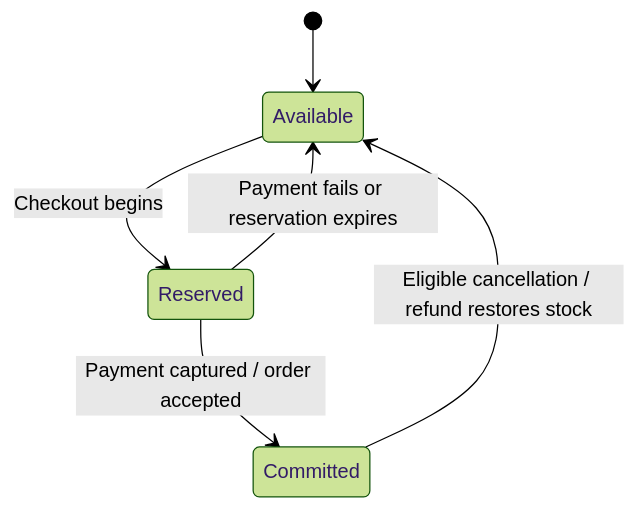
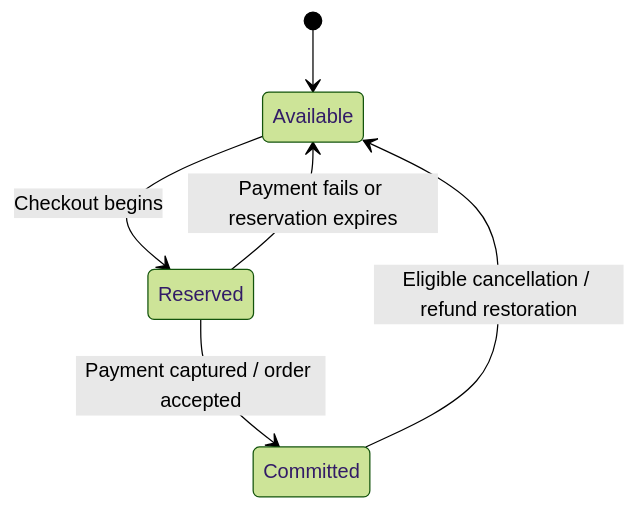
Before and after one commit to varung4067-hash/strydegosox-ecommerce: the third of 5 diagrams in README.md, drawn with Mermaid (forest theme). The commit also changed other lines of this file and 20 other files, not shown here.

Commit message:
Organize StrydeGoSox source and add recruiter-ready architecture documentation

````diff
--- a/README.md
+++ b/README.md
@@ -112,8 +161,8 @@
 ```mermaid
 stateDiagram-v2
-    [*] --> Available
-    Available --> Reserved: Checkout begins
-    Reserved --> Committed: Payment captured / order accepted
-    Reserved --> Available: Payment fails or reservation expires
-    Committed --> Available: Eligible cancellation / refund restores stock
+  [*] --> Available
+  Available --> Reserved: Checkout begins
+  Reserved --> Committed: Payment captured / order accepted
+  Reserved --> Available: Payment fails or reservation expires
+  Committed --> Available: Eligible cancellation / refund restoration
 ```
````
